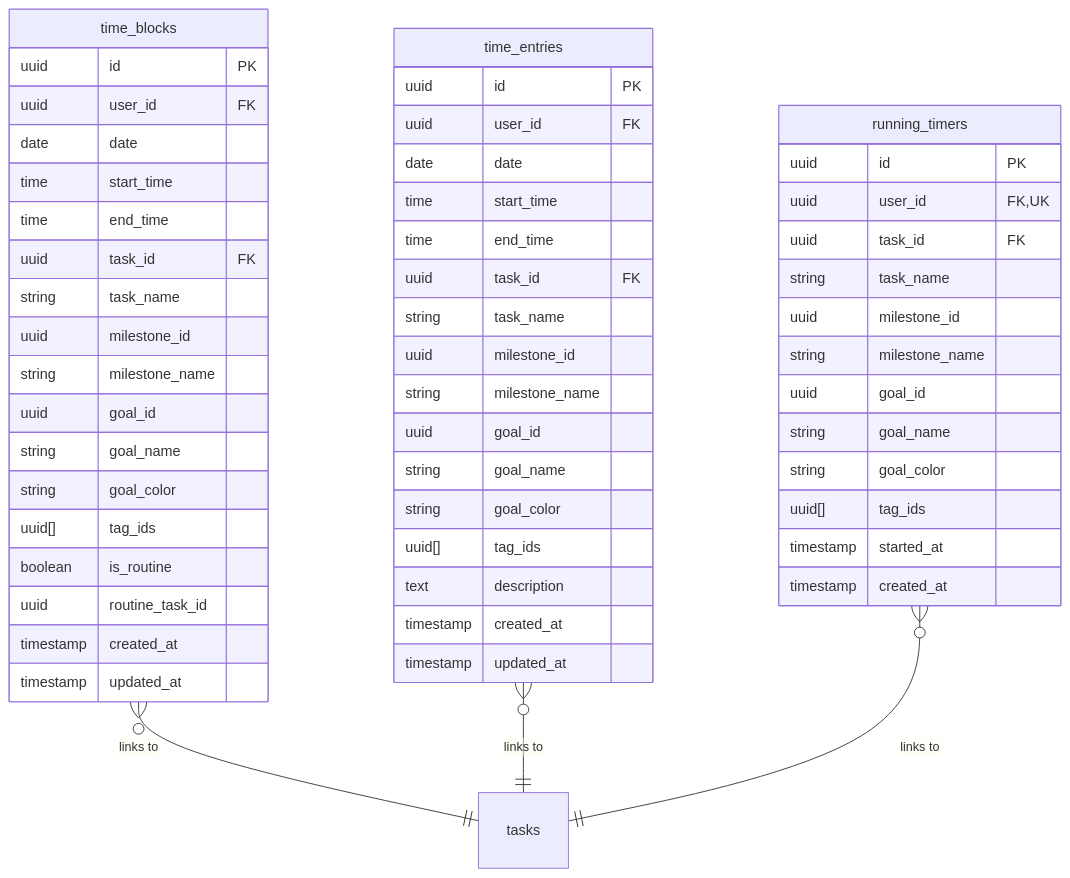
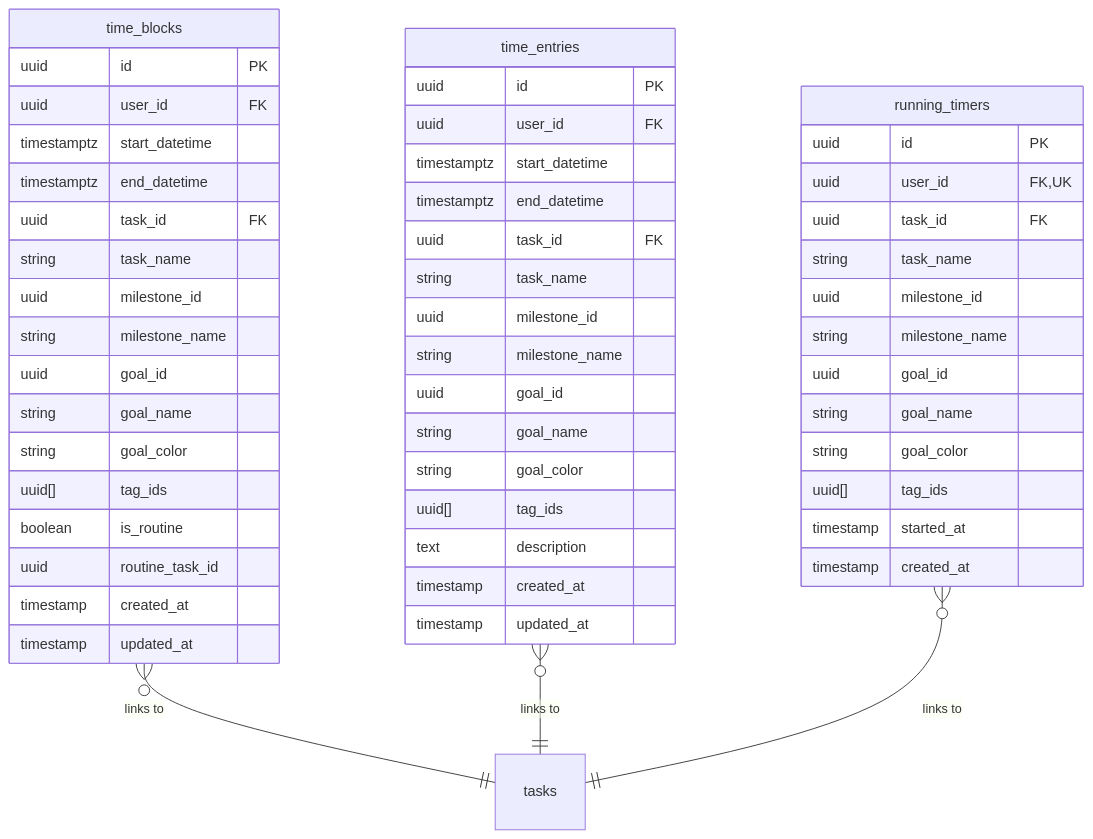
The first of 3 diagrams in backend/services/timeblock/ARCHITECTURE.md (yu-min3/kensan), drawn with Mermaid before and after one commit. The commit also changed other lines of this file and 149 other files, not shown here.

````diff
--- a/backend/services/timeblock/ARCHITECTURE.md
+++ b/backend/services/timeblock/ARCHITECTURE.md
@@ -39,60 +39,58 @@
 ```mermaid
 erDiagram
     time_blocks {
         uuid id PK
         uuid user_id FK
-        date date
-        time start_time
-        time end_time
+        timestamptz start_datetime
+        timestamptz end_datetime
         uuid task_id FK
         string task_name
         uuid milestone_id
         string milestone_name
         uuid goal_id
         string goal_name
         string goal_color
         uuid[] tag_ids
         boolean is_routine
         uuid routine_task_id
         timestamp created_at
         timestamp updated_at
     }
 
     time_entries {
         uuid id PK
         uuid user_id FK
-        date date
-        time start_time
-        time end_time
+        timestamptz start_datetime
+        timestamptz end_datetime
         uuid task_id FK
         string task_name
         uuid milestone_id
         string milestone_name
         uuid goal_id
         string goal_name
         string goal_color
         uuid[] tag_ids
         text description
         timestamp created_at
         timestamp updated_at
     }
 
     running_timers {
         uuid id PK
         uuid user_id FK,UK
         uuid task_id FK
         string task_name
         uuid milestone_id
         string milestone_name
         uuid goal_id
         string goal_name
         string goal_color
         uuid[] tag_ids
         timestamp started_at
         timestamp created_at
     }
 
     time_blocks }o--|| tasks : "links to"
     time_entries }o--|| tasks : "links to"
     running_timers }o--|| tasks : "links to"
 ```
````
